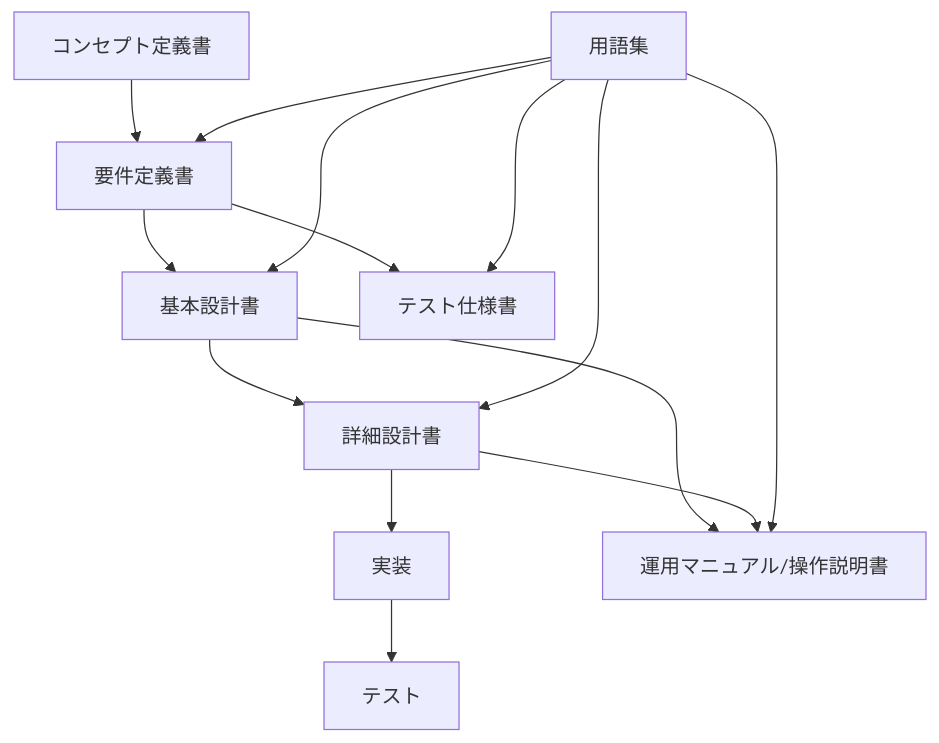
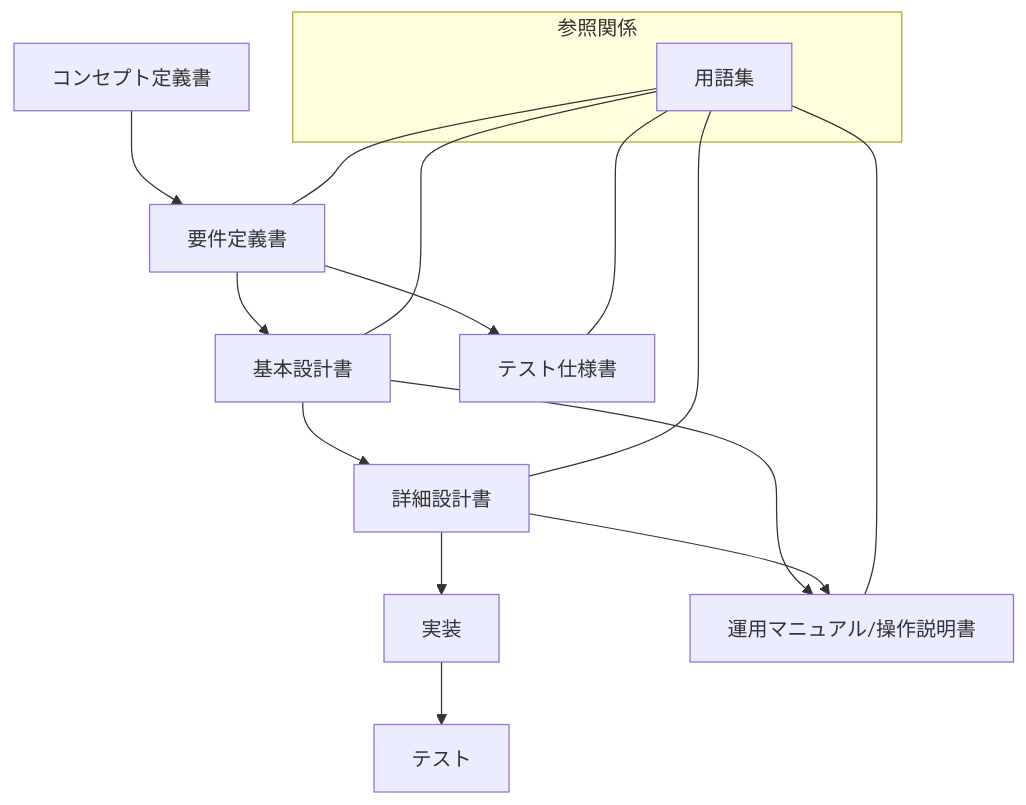
The diagram in docs/rules/DOCUMENTATION_RULES.md (mahitotsu/tas9s10ream), drawn with Mermaid before and after one commit. The commit also changed other lines of this file, not shown here.

Commit message:
refactor(docs): Update glossary dependency diagram

````diff
--- a/docs/rules/DOCUMENTATION_RULES.md
+++ b/docs/rules/DOCUMENTATION_RULES.md
@@ -168,16 +168,20 @@
 ```mermaid
 graph TD
     A[コンセプト定義書] --> B[要件定義書];
-    I[用語集] --> B;
     B --> C[基本設計書];
     B --> G[テスト仕様書];
     C --> D[詳細設計書];
     D --> E[実装];
     E --> F[テスト];
     C --> H[運用マニュアル/操作説明書];
     D --> H;
-    I --> C;
-    I --> D;
-    I --> G;
-    I --> H;
+
+    subgraph 参照関係
+        I[用語集]
+    end
+    I --- B;
+    I --- C;
+    I --- D;
+    I --- G;
+    I --- H;
 ```
````
